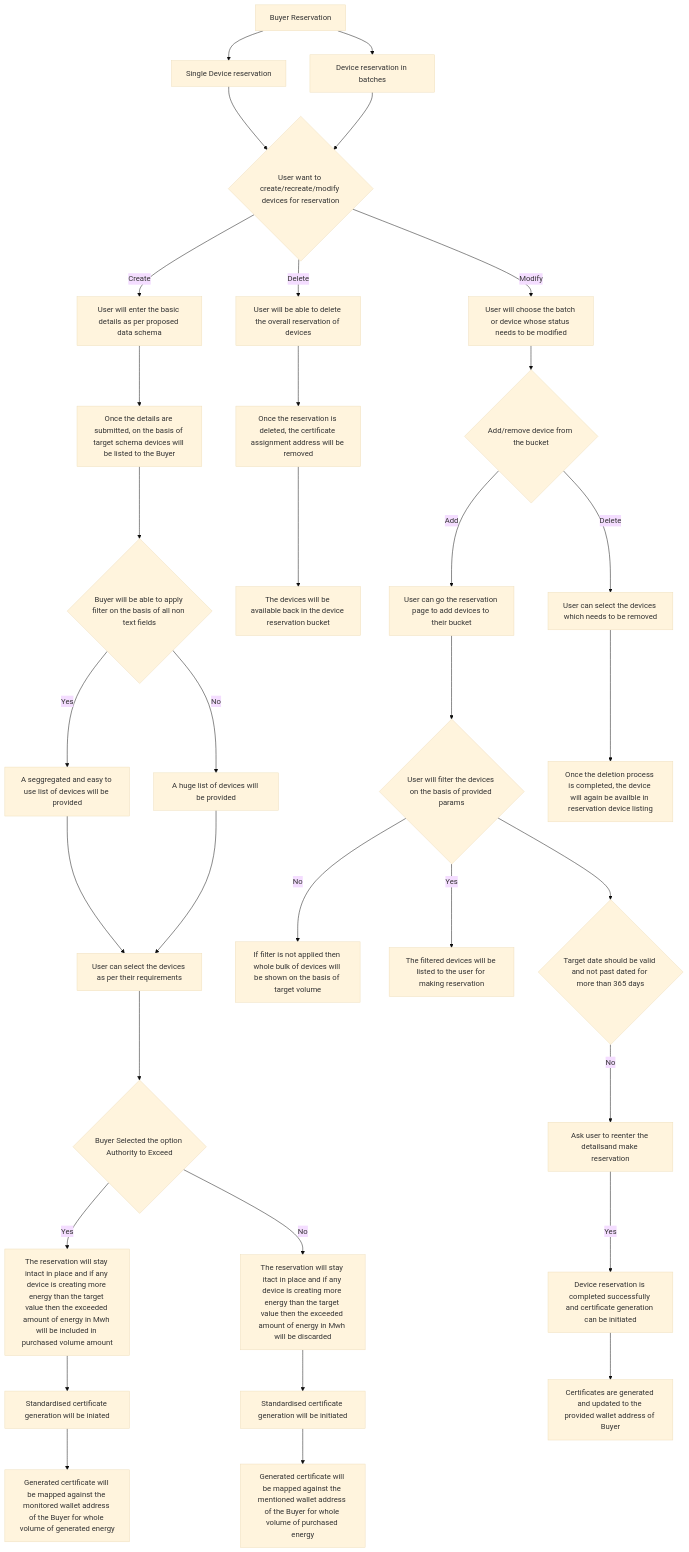
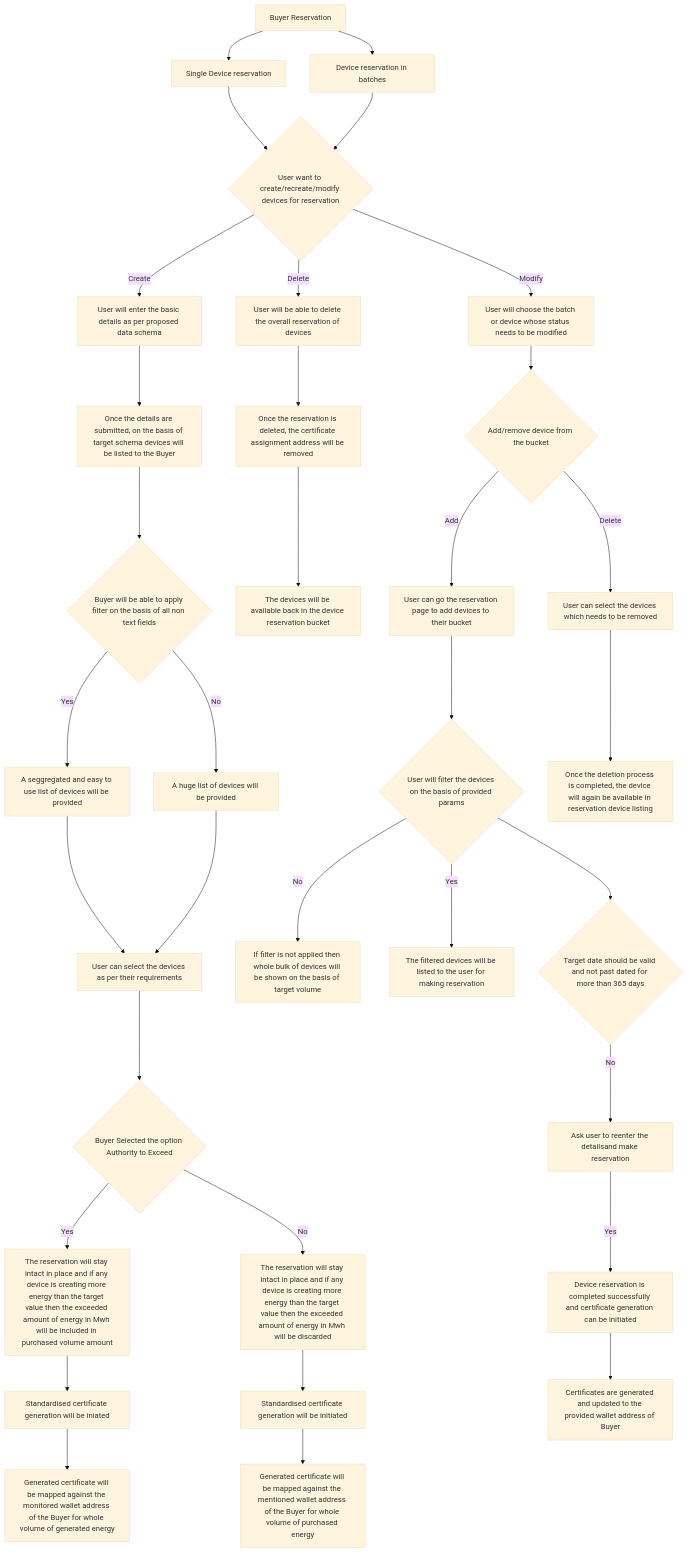
One commit to d-rec/drec-origin changed the eighth of 13 diagrams in docs/platform-overview/key-features.md. Above: the diagram before and after it, drawn with Mermaid (base theme). The commit also changed other lines of this file and 10 other files, not shown here.

````diff
--- a/docs/platform-overview/key-features.md
+++ b/docs/platform-overview/key-features.md
@@ -284,38 +284,38 @@
 ```mermaid
   graph TD
     A[Buyer Reservation] --> B1[Single Device reservation]
     A --> B2[Device reservation in batches]
 
     B1 --> C1{User want to create/recreate/modify devices for reservation}
     B2 --> C1
 
     C1 --> |Create| C2[User will enter the basic details as per proposed data schema]
     C1 --> |Delete| C3[User will be able to delete the overall reservation of devices]
     C1 --> |Modify| D1[User will choose the batch or device whose status needs to be modified]
     C3 --> H1[Once the reservation is deleted, the certificate assignment address will be removed]
     H1 --> H2[The devices will be available back in the device reservation bucket]
     C2 --> D2[Once the details are submitted, on the basis of target schema devices will be listed to the Buyer]
     D1 --> E1{Add/remove device from the bucket}
     E1 --> |Add| E2[User can go the reservation page to add devices to their bucket]
     E1 --> |Delete| E3[User can select the devices which needs to be removed]
-    E3 --> T8[Once the deletion process is completed, the device will again be availble in reservation device listing]
+    E3 --> T8[Once the deletion process is completed, the device will again be available in reservation device listing]
     E2 --> F1{User will filter the devices on the basis of provided params}
     F1 --> |No| F3[If filter is not applied then whole bulk of devices will be shown on the basis of target volume]
     F1 --> |Yes| F4[The filtered devices will be listed to the user for making reservation]
     D2 --> E4{Buyer will be able to apply filter on the basis of all non text fields}
     E4 --> |Yes| G1[A seggregated and easy to use list of devices will be provided]
     E4 --> |No| G2[A huge list of devices will be provided]
     G1 --> G3[User can select the devices as per their requirements]
     G2 --> G3
     G3 --> T1{Buyer Selected the option Authority to Exceed}
     T1 --> |Yes| T2[The reservation will stay intact in place and if any device is creating more energy than the target value then the exceeded amount of energy in Mwh will be included in purchased volume amount]
     T2 --> T3[Standardised certificate generation will be iniated]
     T3 --> T4[Generated certificate will be mapped against the monitored wallet address of the Buyer for whole volume of generated energy]
-    T1 --> |No| T5[The reservation will stay itact in place and if any device is creating more energy than the target value then the exceeded amount of energy in Mwh will be discarded]
+    T1 --> |No| T5[The reservation will stay intact in place and if any device is creating more energy than the target value then the exceeded amount of energy in Mwh will be discarded]
     T5 --> T6[Standardised certificate generation will be initiated]
     T6 --> T7[Generated certificate will be mapped against the mentioned wallet address of the Buyer for whole volume of purchased energy]
     F1 --> X1{Target date should be valid and not past dated for more than 365 days}
     X1 --> |No| X2[Ask user to reenter the detailsand make reservation]
     X2 --> |Yes| X3[Device reservation is completed successfully and certificate generation can be initiated]
     X3 --> X4[Certificates are generated and updated to the provided wallet address of Buyer]
 ```
````
